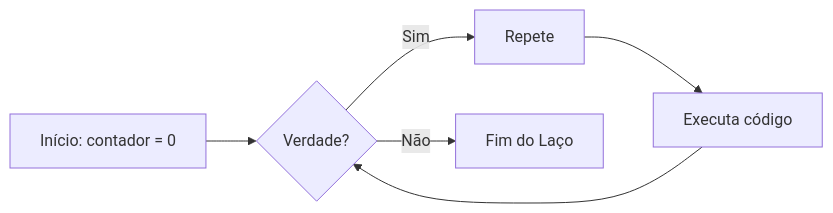
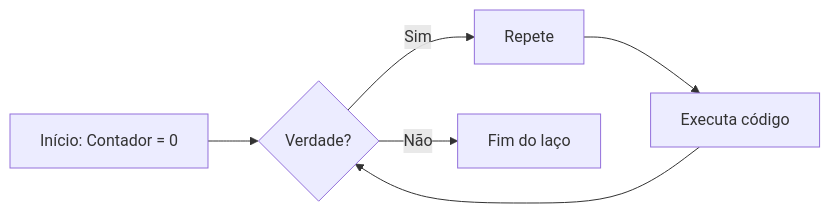
The sixth of 28 diagrams in README.md (juliamenoni/Back-End), drawn with Mermaid before and after one commit. The commit also changed other lines of this file and 62 other files, not shown here.

````diff
--- a/README.md
+++ b/README.md
@@ -376,10 +393,9 @@
 ```mermaid
 graph LR
 
-    A[Início: contador = 0] --> B{Verdade?}
-    B -- Sim --> C[Repete]
-    C --> D[Executa código]
-    D --> B
-    B -- Não --> E[Fim do Laço]
-
+A[Início: Contador = 0] --> B{Verdade?}
+B -- Sim --> C[Repete]
+C --> D[Executa código]
+D --> B
+B -- Não --> E[Fim do laço]
 ```
````
